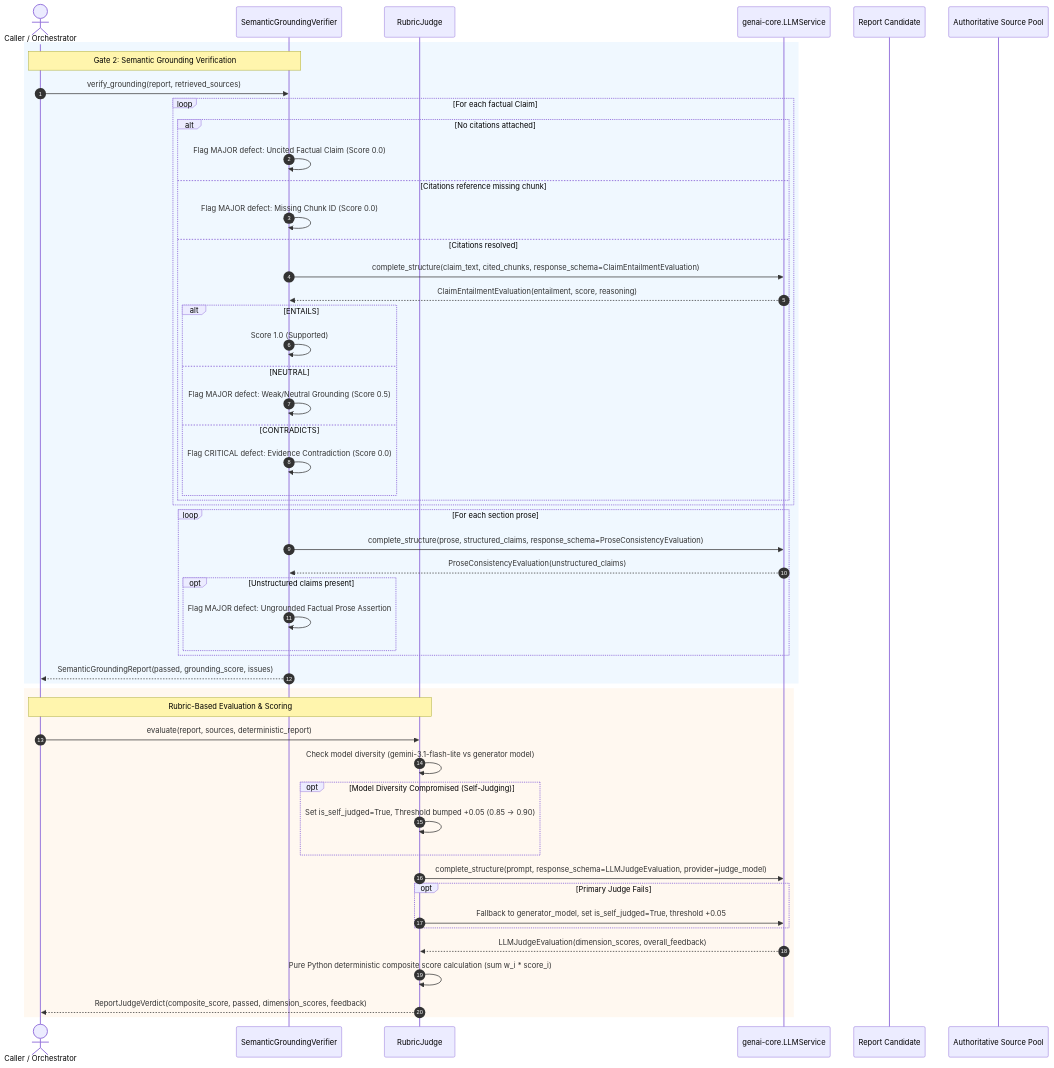
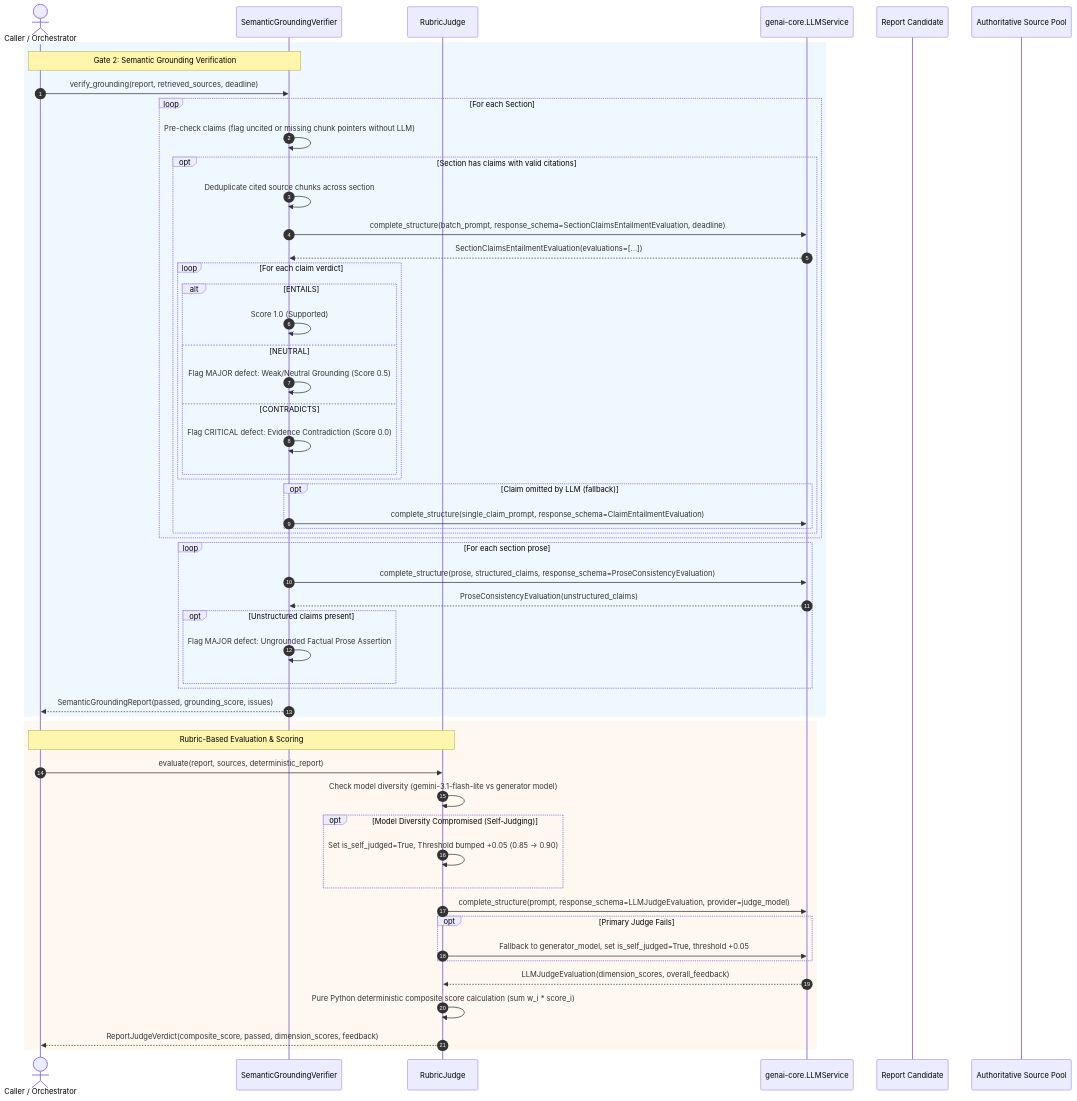
Before and after one commit to harshilkatharva/genai-engineer-journey: the fourth of 10 diagrams in module-19-reflection/docs/FLOW.md, drawn with Mermaid. The commit also changed other lines of this file and 16 other files, not shown here.

Commit message:
module-19 reduce claim llm calls and handle RPM limit for evalution pipeline only.

````diff
--- a/module-19-reflection/docs/FLOW.md
+++ b/module-19-reflection/docs/FLOW.md
@@ -178,56 +178,59 @@
 ```mermaid
 sequenceDiagram
     autonumber
     actor Caller as Caller / Orchestrator
     participant G2 as SemanticGroundingVerifier
     participant Judge as RubricJudge
     participant LLM as genai-core.LLMService
     participant Report as Report Candidate
     participant Sources as Authoritative Source Pool
 
     rect rgb(240, 248, 255)
     Note over Caller,G2: Gate 2: Semantic Grounding Verification
-    Caller->>G2: verify_grounding(report, retrieved_sources)
-    loop For each factual Claim
-        alt No citations attached
-            G2->>G2: Flag MAJOR defect: Uncited Factual Claim (Score 0.0)
-        else Citations reference missing chunk
-            G2->>G2: Flag MAJOR defect: Missing Chunk ID (Score 0.0)
-        else Citations resolved
-            G2->>LLM: complete_structure(claim_text, cited_chunks, response_schema=ClaimEntailmentEvaluation)
-            LLM-->>G2: ClaimEntailmentEvaluation(entailment, score, reasoning)
-            alt ENTAILS
-                G2->>G2: Score 1.0 (Supported)
-            else NEUTRAL
-                G2->>G2: Flag MAJOR defect: Weak/Neutral Grounding (Score 0.5)
-            else CONTRADICTS
-                G2->>G2: Flag CRITICAL defect: Evidence Contradiction (Score 0.0)
+    Caller->>G2: verify_grounding(report, retrieved_sources, deadline)
+    loop For each Section
+        G2->>G2: Pre-check claims (flag uncited or missing chunk pointers without LLM)
+        opt Section has claims with valid citations
+            G2->>G2: Deduplicate cited source chunks across section
+            G2->>LLM: complete_structure(batch_prompt, response_schema=SectionClaimsEntailmentEvaluation, deadline)
+            LLM-->>G2: SectionClaimsEntailmentEvaluation(evaluations=[...])
+            loop For each claim verdict
+                alt ENTAILS
+                    G2->>G2: Score 1.0 (Supported)
+                else NEUTRAL
+                    G2->>G2: Flag MAJOR defect: Weak/Neutral Grounding (Score 0.5)
+                else CONTRADICTS
+                    G2->>G2: Flag CRITICAL defect: Evidence Contradiction (Score 0.0)
+                end
+            end
+            opt Claim omitted by LLM (fallback)
+                G2->>LLM: complete_structure(single_claim_prompt, response_schema=ClaimEntailmentEvaluation)
             end
         end
     end
     loop For each section prose
         G2->>LLM: complete_structure(prose, structured_claims, response_schema=ProseConsistencyEvaluation)
         LLM-->>G2: ProseConsistencyEvaluation(unstructured_claims)
         opt Unstructured claims present
             G2->>G2: Flag MAJOR defect: Ungrounded Factual Prose Assertion
         end
     end
     G2-->>Caller: SemanticGroundingReport(passed, grounding_score, issues)
     end
 
     rect rgb(255, 248, 240)
     Note over Caller,Judge: Rubric-Based Evaluation & Scoring
     Caller->>Judge: evaluate(report, sources, deterministic_report)
     Judge->>Judge: Check model diversity (gemini-3.1-flash-lite vs generator model)
     opt Model Diversity Compromised (Self-Judging)
         Judge->>Judge: Set is_self_judged=True, Threshold bumped +0.05 (0.85 -> 0.90)
     end
     Judge->>LLM: complete_structure(prompt, response_schema=LLMJudgeEvaluation, provider=judge_model)
     opt Primary Judge Fails
         Judge->>LLM: Fallback to generator_model, set is_self_judged=True, threshold +0.05
     end
     LLM-->>Judge: LLMJudgeEvaluation(dimension_scores, overall_feedback)
     Judge->>Judge: Pure Python deterministic composite score calculation (sum w_i * score_i)
     Judge-->>Caller: ReportJudgeVerdict(composite_score, passed, dimension_scores, feedback)
     end
 ```
````
